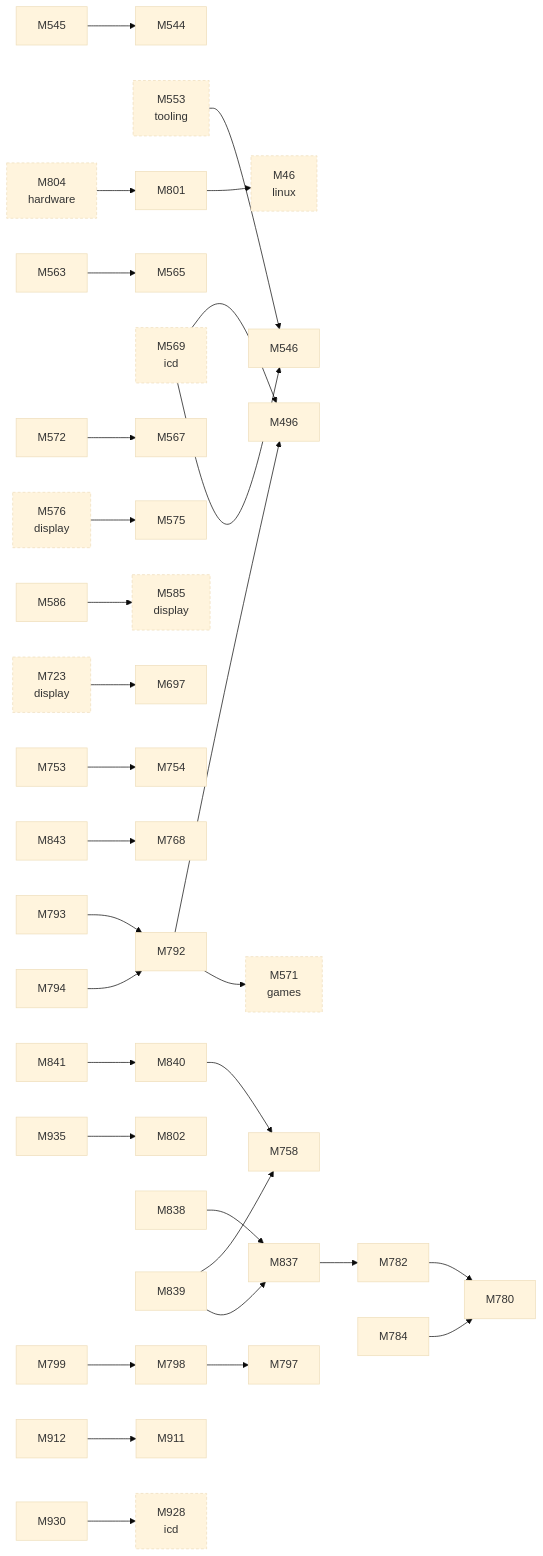
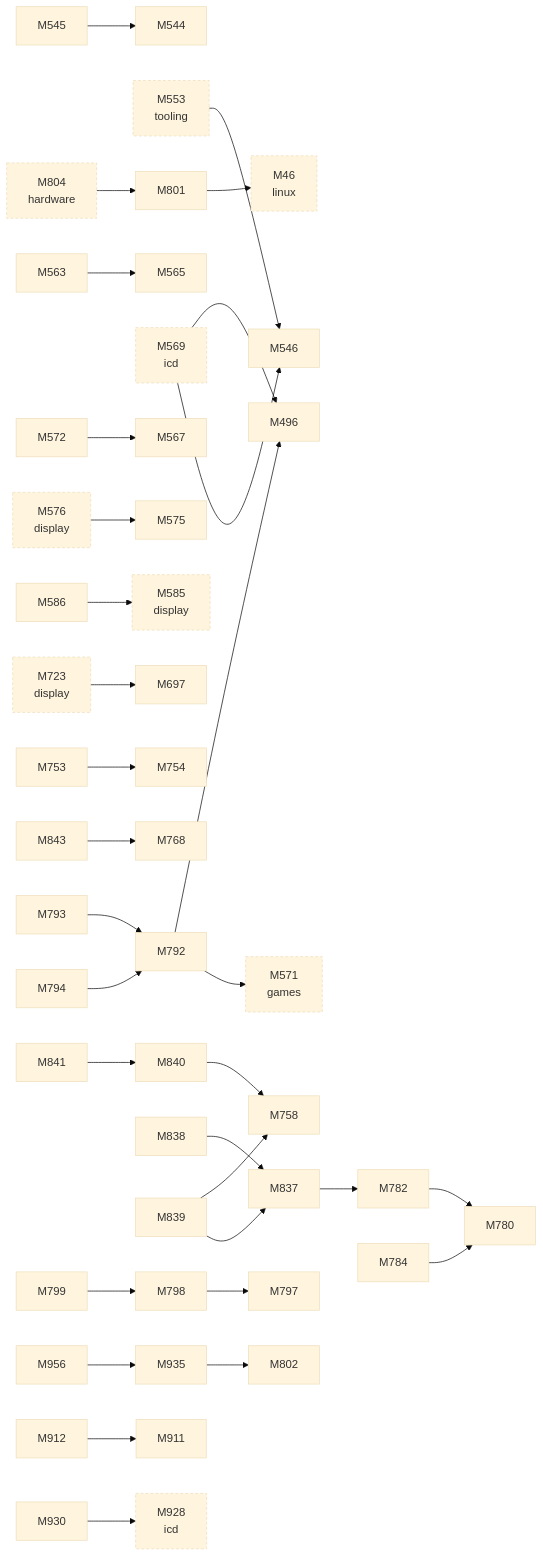
The second of 2 diagrams in docs/facts/graphs/d3d.md (D-Ogi/amdgpu-wddm), drawn with Mermaid (base theme) before and after one commit. The commit also changed 6 other files, not shown here.

First line of the commit message:
facts: M956 Windows.Graphics.Capture passes on the GPU desktop route (BD-084)

````diff
--- a/docs/facts/graphs/d3d.md
+++ b/docs/facts/graphs/d3d.md
@@ -34,80 +34,82 @@
 ```mermaid
 flowchart LR
   M46["M46<br/>linux"]
   M496["M496"]
   M544["M544"]
   M545["M545"]
   M546["M546"]
   M553["M553<br/>tooling"]
   M563["M563"]
   M565["M565"]
   M567["M567"]
   M569["M569<br/>icd"]
   M571["M571<br/>games"]
   M572["M572"]
   M575["M575"]
   M576["M576<br/>display"]
   M585["M585<br/>display"]
   M586["M586"]
   M697["M697"]
   M723["M723<br/>display"]
   M753["M753"]
   M754["M754"]
   M758["M758"]
   M768["M768"]
   M780["M780"]
   M782["M782"]
   M784["M784"]
   M792["M792"]
   M793["M793"]
   M794["M794"]
   M797["M797"]
   M798["M798"]
   M799["M799"]
   M801["M801"]
   M802["M802"]
   M804["M804<br/>hardware"]
   M837["M837"]
   M838["M838"]
   M839["M839"]
   M840["M840"]
   M841["M841"]
   M843["M843"]
   M911["M911"]
   M912["M912"]
   M928["M928<br/>icd"]
   M930["M930"]
   M935["M935"]
+  M956["M956"]
   M804 --> M801
   M576 --> M575
   M723 --> M697
   M569 --> M496
   M569 --> M546
   M545 --> M544
   M563 --> M565
   M572 --> M567
   M586 --> M585
   M753 --> M754
   M782 --> M780
   M784 --> M780
   M792 --> M496
   M792 --> M571
   M793 --> M792
   M794 --> M792
   M798 --> M797
   M799 --> M798
   M801 --> M46
   M837 --> M782
   M838 --> M837
   M839 --> M758
   M839 --> M837
   M840 --> M758
   M841 --> M840
   M843 --> M768
   M912 --> M911
   M930 --> M928
   M935 --> M802
+  M956 --> M935
   M553 --> M546
   classDef other stroke-dasharray:4 3
   class M46,M553,M569,M571,M576,M585,M723,M804,M928 other
 ```
````
